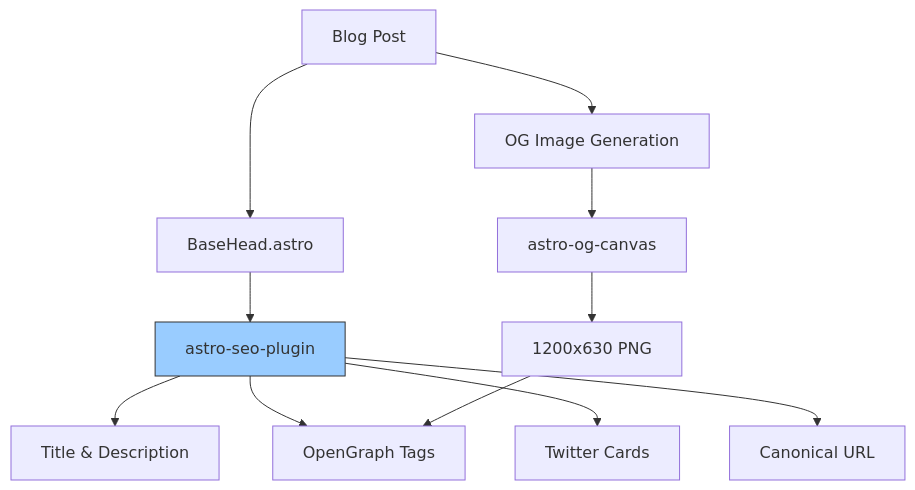
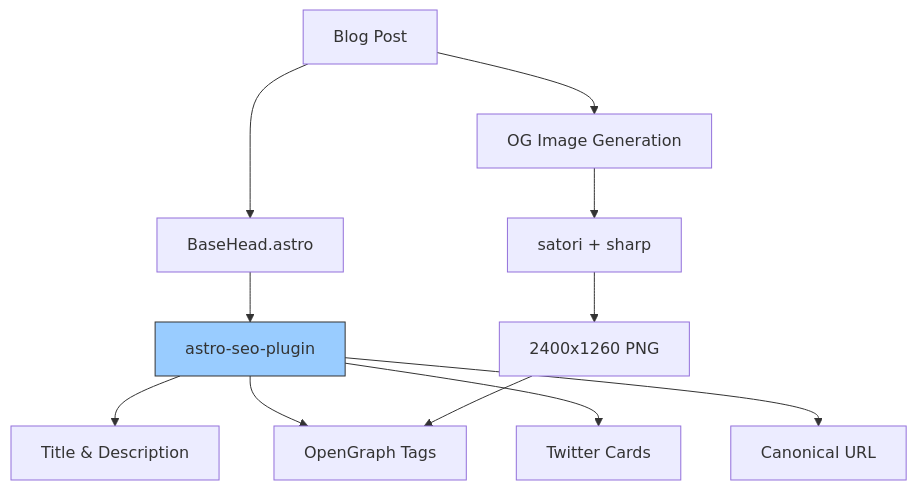
Diagram 11 of 12 in docs/architecture/overview.md (russmckendrick/blog), drawn with Mermaid before and after one commit. The commit also changed other lines of this file and 22 other files, not shown here.

````diff
--- a/docs/architecture/overview.md
+++ b/docs/architecture/overview.md
@@ -390,16 +390,16 @@
 ```mermaid
 graph TD
     A[Blog Post] --> B[BaseHead.astro]
     B --> C[astro-seo-plugin]
     C --> D[Title & Description]
     C --> E[OpenGraph Tags]
     C --> F[Twitter Cards]
     C --> G[Canonical URL]
 
     A --> H[OG Image Generation]
-    H --> I[astro-og-canvas]
-    I --> J[1200x630 PNG]
+    H --> I[satori + sharp]
+    I --> J[2400x1260 PNG]
     J --> E
 
     style C fill:#9cf,stroke:#333
 ```
````
